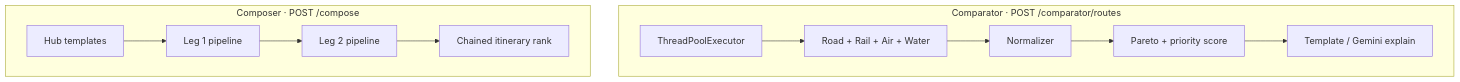
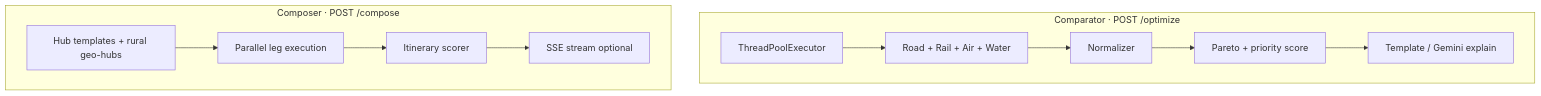
Before and after one commit to kvb1201/LogiFlow-Solution-Challenge-2026: the sixth of 6 diagrams in README.md, drawn with Mermaid. The commit also changed other lines of this file and 33 other files, not shown here.

First line of the commit message:
Refactor implementation documentation and update platform architecture

````diff
--- a/README.md
+++ b/README.md
@@ -226,14 +234,14 @@
 ```mermaid
 flowchart TB
-    subgraph Hybrid["Comparator · POST /comparator/routes"]
+    subgraph Hybrid["Comparator · POST /optimize"]
         H1["ThreadPoolExecutor"] --> H2["Road + Rail + Air + Water"]
         H2 --> H3["Normalizer"]
         H3 --> H4["Pareto + priority score"]
         H4 --> H5["Template / Gemini explain"]
     end
     subgraph Compose["Composer · POST /compose"]
-        C1["Hub templates"] --> C2["Leg 1 pipeline"]
-        C2 --> C3["Leg 2 pipeline"]
-        C3 --> C4["Chained itinerary rank"]
+        C1["Hub templates + rural geo-hubs"] --> C2["Parallel leg execution"]
+        C2 --> C3["Itinerary scorer"]
+        C3 --> C4["SSE stream optional"]
     end
 ```
````
